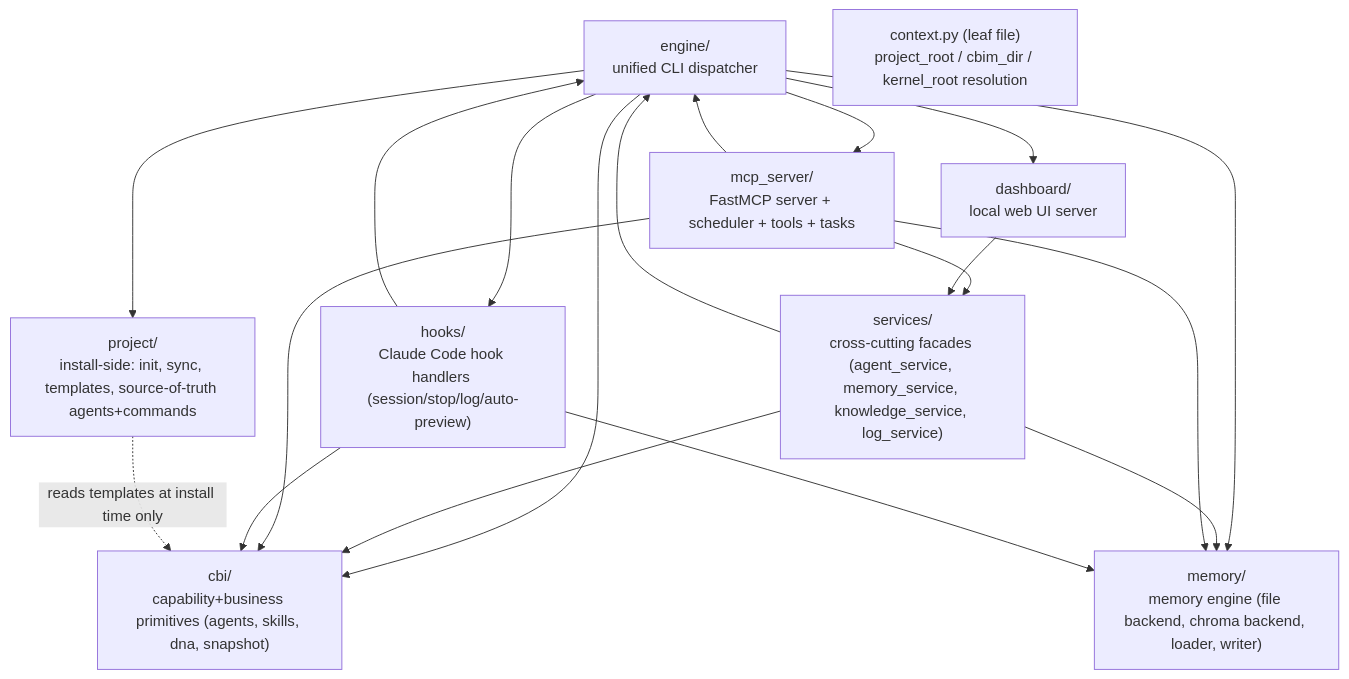
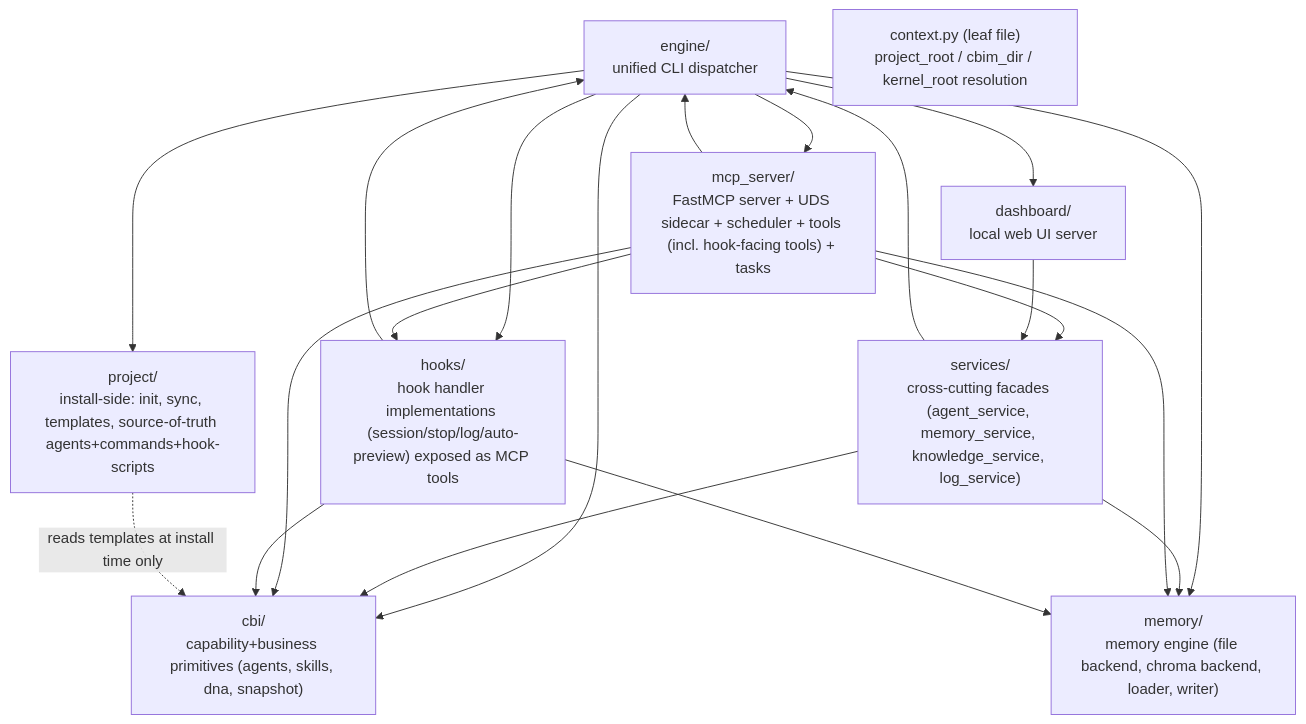
The diagram in v1/src/kernel/.dna/module.md (nan023062/agent-team-cc), drawn with Mermaid before and after one commit. The commit also changed other lines of this file and 45 other files, not shown here.

````diff
--- a/v1/src/kernel/.dna/module.md
+++ b/v1/src/kernel/.dna/module.md
@@ -17,31 +17,32 @@
 ```mermaid
 graph TD
     engine["engine/<br/>unified CLI dispatcher"]
-    project["project/<br/>install-side: init, sync, templates, source-of-truth agents+commands"]
+    project["project/<br/>install-side: init, sync, templates, source-of-truth agents+commands+hook-scripts"]
     cbi["cbi/<br/>capability+business primitives (agents, skills, dna, snapshot)"]
     memory["memory/<br/>memory engine (file backend, chroma backend, loader, writer)"]
-    hooks["hooks/<br/>Claude Code hook handlers (session/stop/log/auto-preview)"]
+    hooks["hooks/<br/>hook handler implementations (session/stop/log/auto-preview) exposed as MCP tools"]
     services["services/<br/>cross-cutting facades (agent_service, memory_service, knowledge_service, log_service)"]
     dashboard["dashboard/<br/>local web UI server"]
-    mcp["mcp_server/<br/>FastMCP server + scheduler + tools + tasks"]
+    mcp["mcp_server/<br/>FastMCP server + UDS sidecar + scheduler + tools (incl. hook-facing tools) + tasks"]
     ctx["context.py (leaf file)<br/>project_root / cbim_dir / kernel_root resolution"]
 
     engine --> project
     engine --> cbi
     engine --> memory
     engine --> hooks
     engine --> dashboard
     engine --> mcp
     services --> cbi
     services --> memory
     services --> engine
     mcp --> services
     mcp --> cbi
     mcp --> memory
+    mcp --> hooks
     mcp --> engine
     dashboard --> services
     hooks --> memory
     hooks --> cbi
     hooks --> engine
     project -.->|reads templates at install time only| cbi
 ```
````
